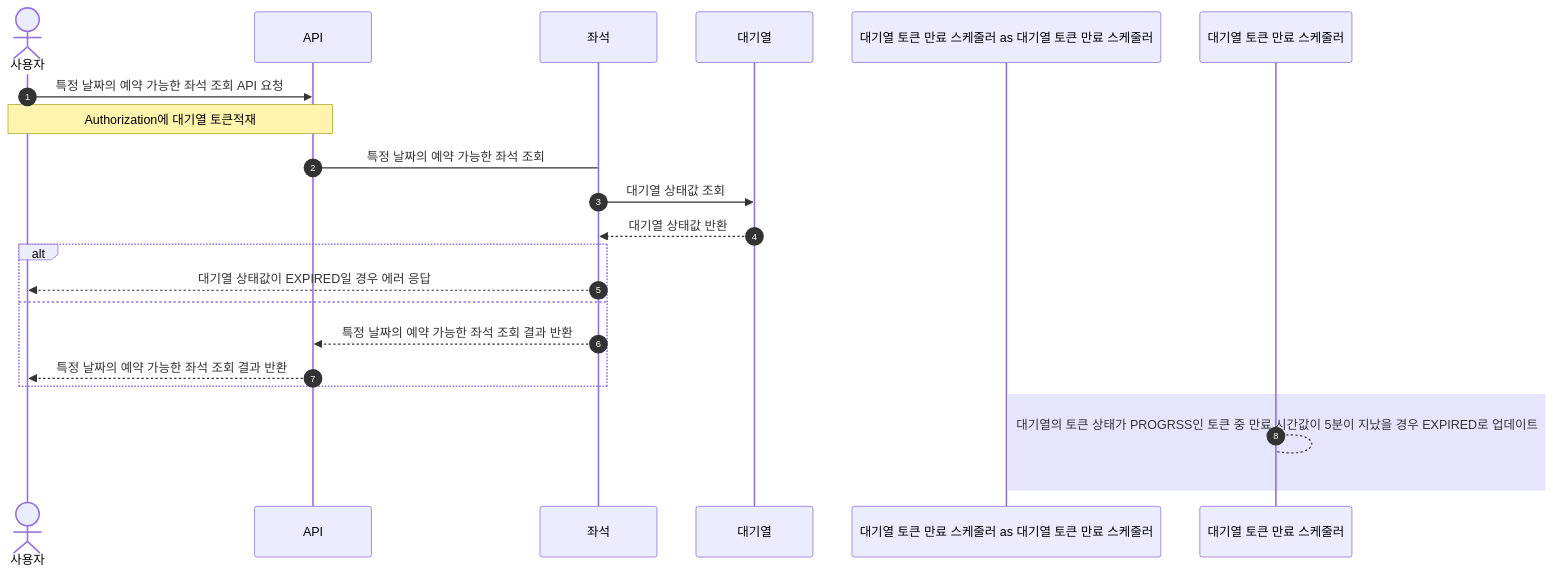
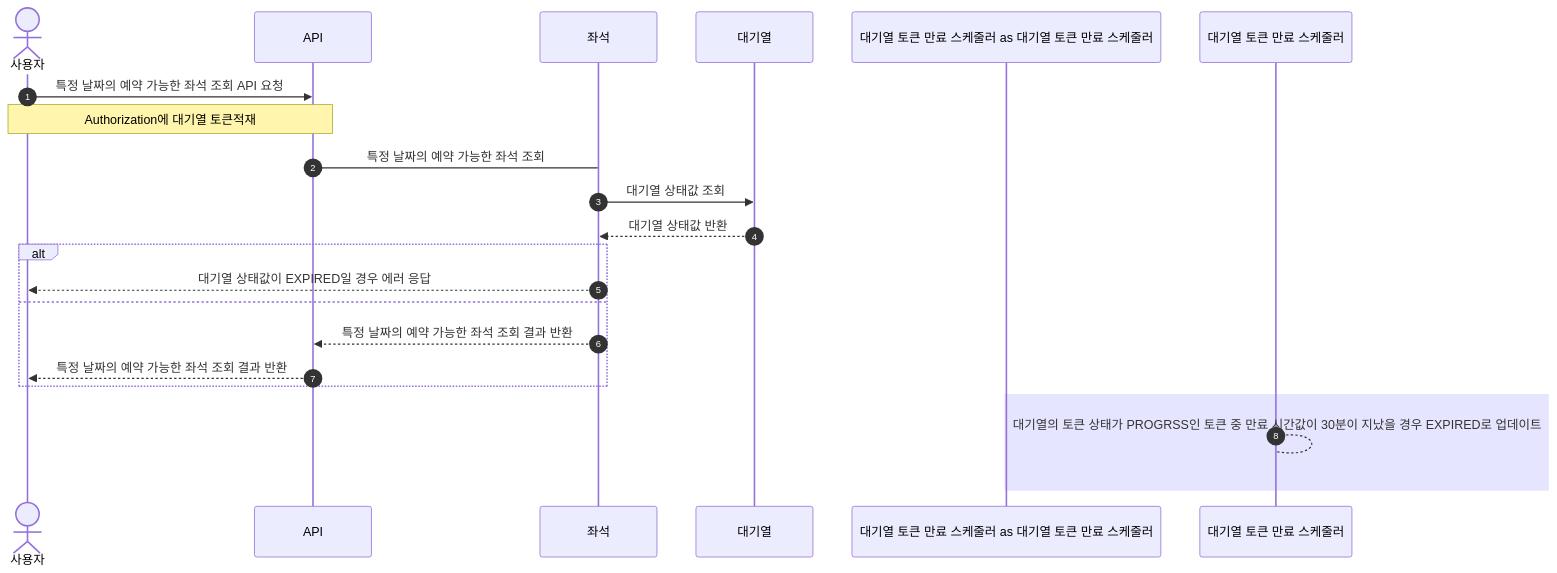
The third of 7 diagrams in docs/sequence.md (jikimee64/hhplus-concert), drawn with Mermaid before and after one commit. The commit also changed other lines of this file and 8 other files, not shown here.

Commit message:
feat: 대기열 토큰 만료 스케줄러 구현

````diff
--- a/docs/sequence.md
+++ b/docs/sequence.md
@@ -66,24 +66,24 @@
 ```mermaid
 sequenceDiagram
     autonumber
     actor 사용자 as 사용자
     participant API as API
     participant 좌석 as 좌석
     participant 대기열 as 대기열
     participant 대기열 토큰 만료 스케줄러 as 대기열 토큰 만료 스케줄러
     사용자 ->> API: 특정 날짜의 예약 가능한 좌석 조회 API 요청
     Note over 사용자, API: Authorization에 대기열 토큰적재
     API -> 좌석: 특정 날짜의 예약 가능한 좌석 조회
     좌석 ->> 대기열: 대기열 상태값 조회
     대기열 -->> 좌석: 대기열 상태값 반환
     alt
         좌석 -->> 사용자: 대기열 상태값이 EXPIRED일 경우 에러 응답
     else
         좌석 -->> API: 특정 날짜의 예약 가능한 좌석 조회 결과 반환
         API -->> 사용자: 특정 날짜의 예약 가능한 좌석 조회 결과 반환
     end
     rect rgba(0, 0, 255, .1)
-        대기열 토큰 만료 스케줄러 --> 대기열 토큰 만료 스케줄러: 대기열의 토큰 상태가 PROGRSS인 토큰 중 만료 시간값이 5분이 지났을 경우 EXPIRED로 업데이트
+        대기열 토큰 만료 스케줄러 --> 대기열 토큰 만료 스케줄러: 대기열의 토큰 상태가 PROGRSS인 토큰 중 만료 시간값이 30분이 지났을 경우 EXPIRED로 업데이트
     end
 
 ```
````
